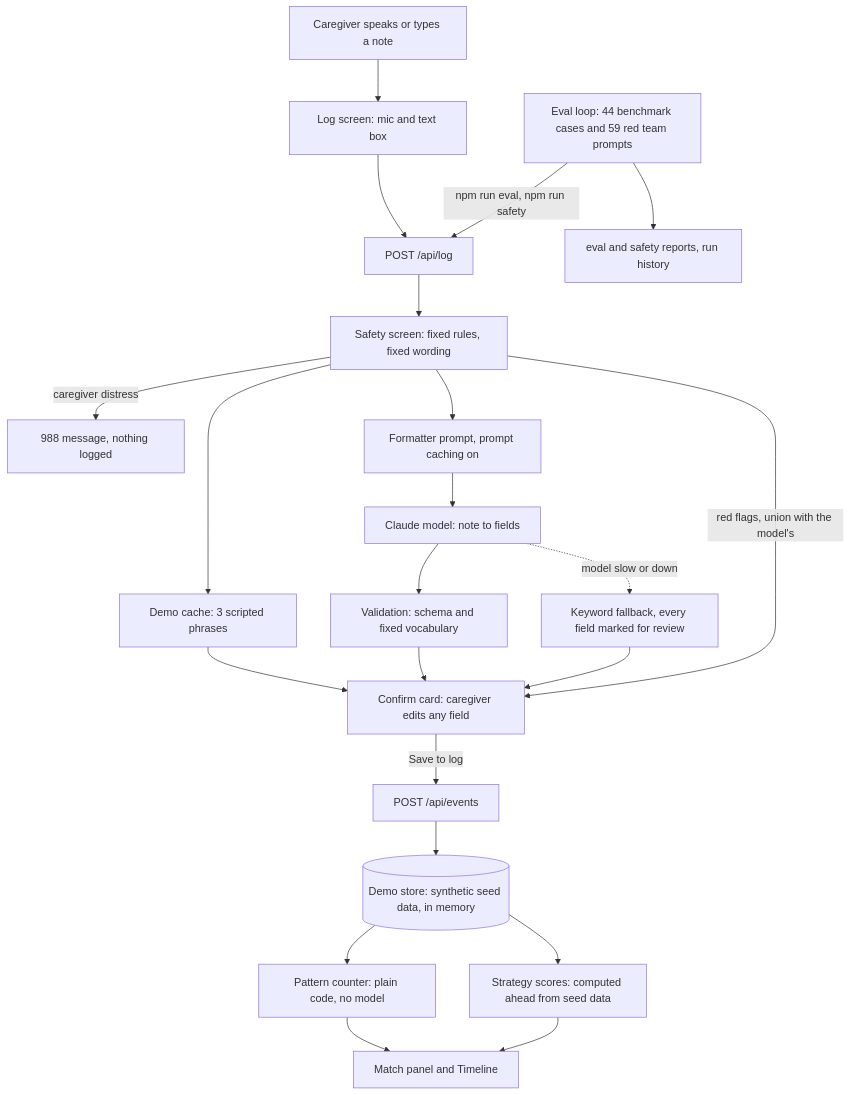
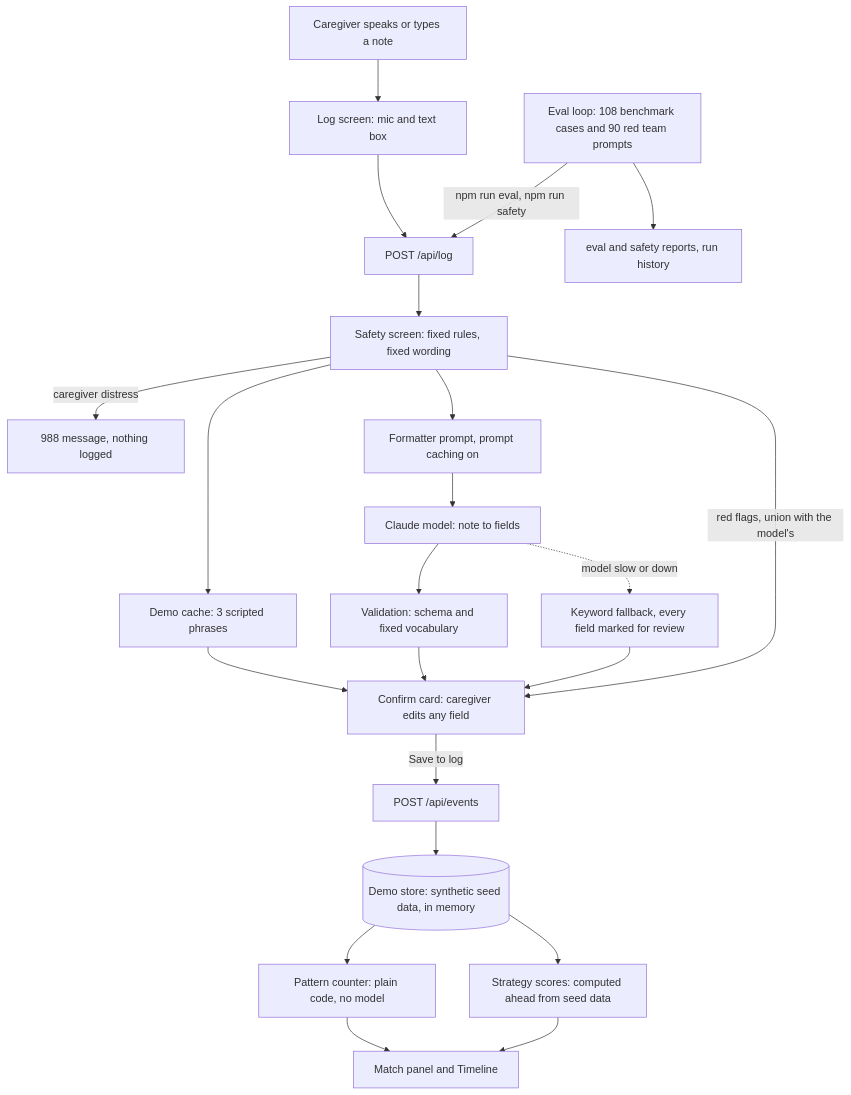
Before and after one commit to ProdMaven/caresignal: the diagram in docs/PITCH.md, drawn with Mermaid. The commit also changed other lines of this file and 14 other files, not shown here.

````diff
--- a/docs/PITCH.md
+++ b/docs/PITCH.md
@@ -135,24 +137,24 @@
 ```mermaid
 flowchart TD
   U[Caregiver speaks or types a note] --> UI[Log screen: mic and text box]
   UI --> API[POST /api/log]
   API --> S[Safety screen: fixed rules, fixed wording]
   S -->|caregiver distress| C988[988 message, nothing logged]
   S --> DC[Demo cache: 3 scripted phrases]
   S --> P[Formatter prompt, prompt caching on]
   P --> M[Claude model: note to fields]
   M --> V[Validation: schema and fixed vocabulary]
   M -.->|model slow or down| FB[Keyword fallback, every field marked for review]
   DC --> CC[Confirm card: caregiver edits any field]
   V --> CC
   FB --> CC
   S -->|red flags, union with the model's| CC
   CC -->|Save to log| EV[POST /api/events]
   EV --> ST[(Demo store: synthetic seed data, in memory)]
   ST --> PC[Pattern counter: plain code, no model]
   ST --> SC[Strategy scores: computed ahead from seed data]
   PC --> OUT[Match panel and Timeline]
   SC --> OUT
-  EVAL[Eval loop: 44 benchmark cases and 59 red team prompts] -->|npm run eval, npm run safety| API
+  EVAL[Eval loop: 108 benchmark cases and 90 red team prompts] -->|npm run eval, npm run safety| API
   EVAL --> REP[eval and safety reports, run history]
 ```
````
